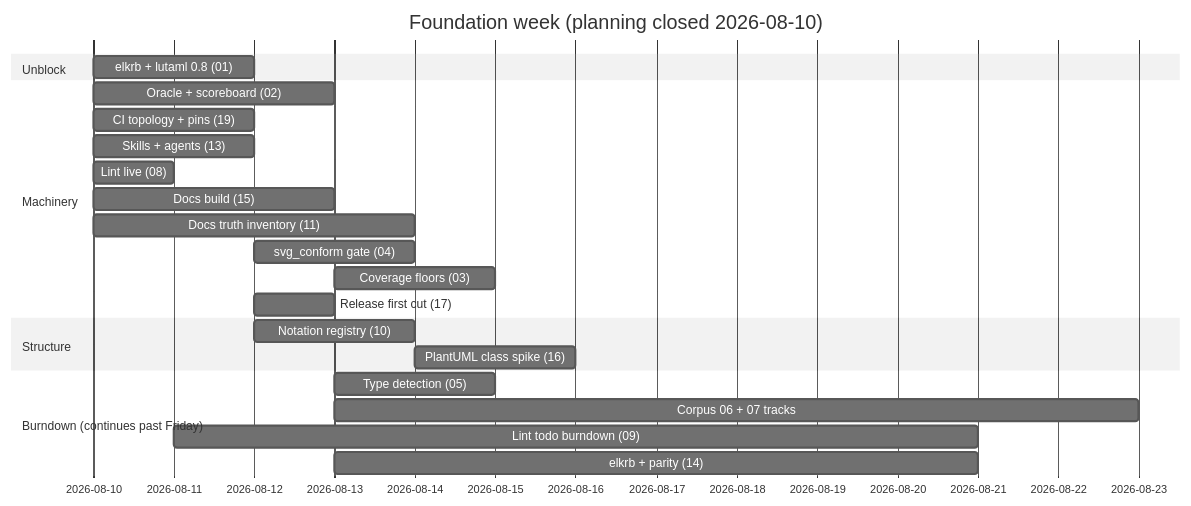
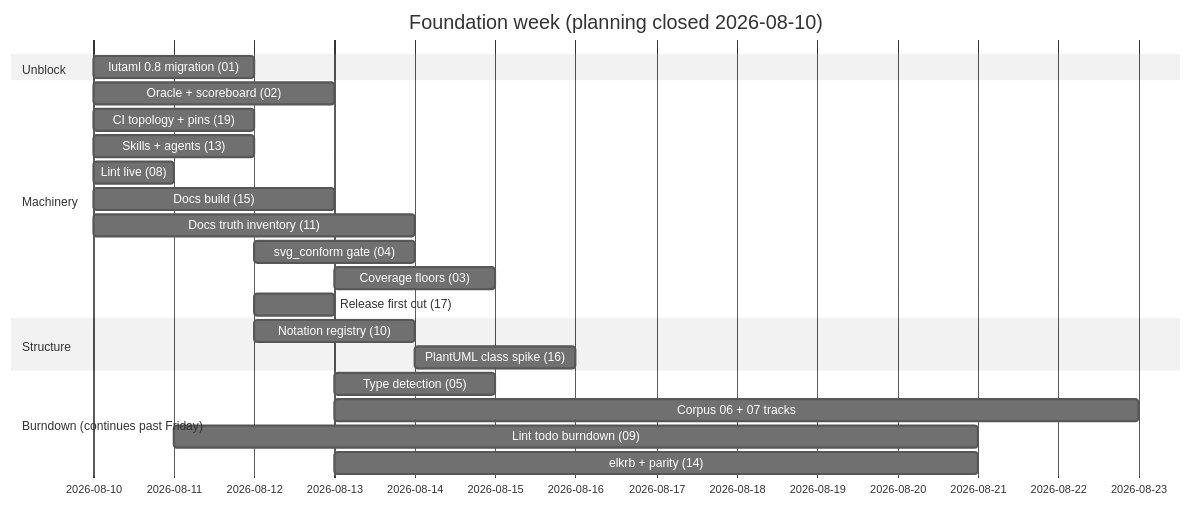
One commit to claricle/sirena changed the first of 2 diagrams in TODO.foundation/00-overview.md. Above: the diagram before and after it, drawn with Mermaid (neutral theme). The commit also changed other lines of this file and 14 other files, not shown here.

````diff
--- a/TODO.foundation/00-overview.md
+++ b/TODO.foundation/00-overview.md
@@ -13,25 +13,25 @@
 ```mermaid
 gantt
     dateFormat  YYYY-MM-DD
     title Foundation week (planning closed 2026-08-10)
     section Unblock
-    elkrb + lutaml 0.8 (01)      :i01, 2026-08-10, 2d
+    lutaml 0.8 migration (01)    :i01, 2026-08-10, 2d
     section Machinery
     Oracle + scoreboard (02)     :i02, 2026-08-10, 3d
     CI topology + pins (19)      :i19, 2026-08-10, 2d
     Skills + agents (13)         :i13, 2026-08-10, 2d
     Lint live (08)               :i08, 2026-08-10, 1d
     Docs build (15)              :i15, 2026-08-10, 3d
     Docs truth inventory (11)    :i11, 2026-08-10, 4d
     svg_conform gate (04)        :i04, after i01, 2d
     Coverage floors (03)         :i03, after i02, 2d
     Release first cut (17)       :i17, after i01, 1d
     section Structure
     Notation registry (10)       :i10, after i01, 2d
     PlantUML class spike (16)    :i16, after i10, 2d
     section Burndown (continues past Friday)
     Type detection (05)          :i05, after i02, 2d
     Corpus 06 + 07 tracks        :i06, after i02, 10d
     Lint todo burndown (09)      :i09, after i08, 10d
     elkrb + parity (14)          :i14, after i02, 8d
 ```
````
